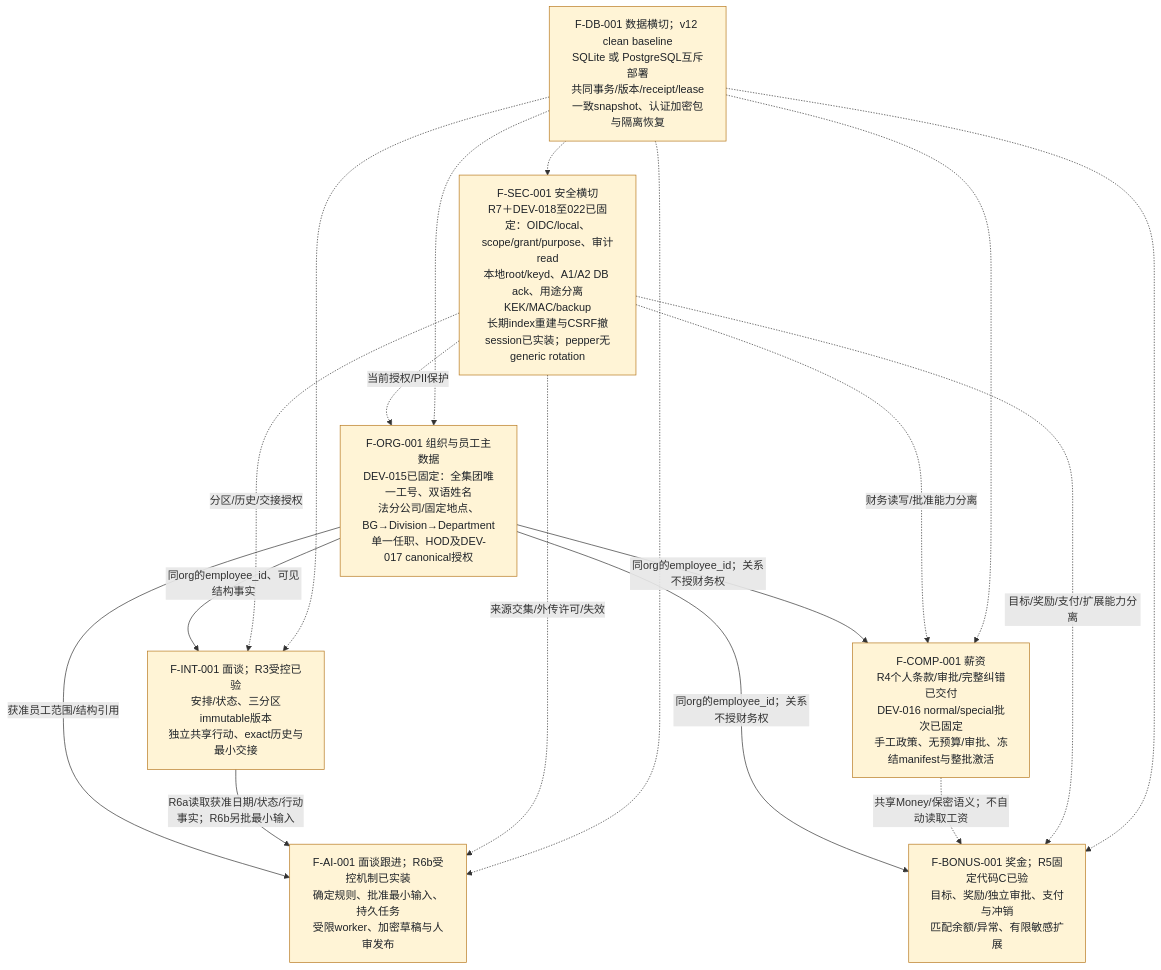
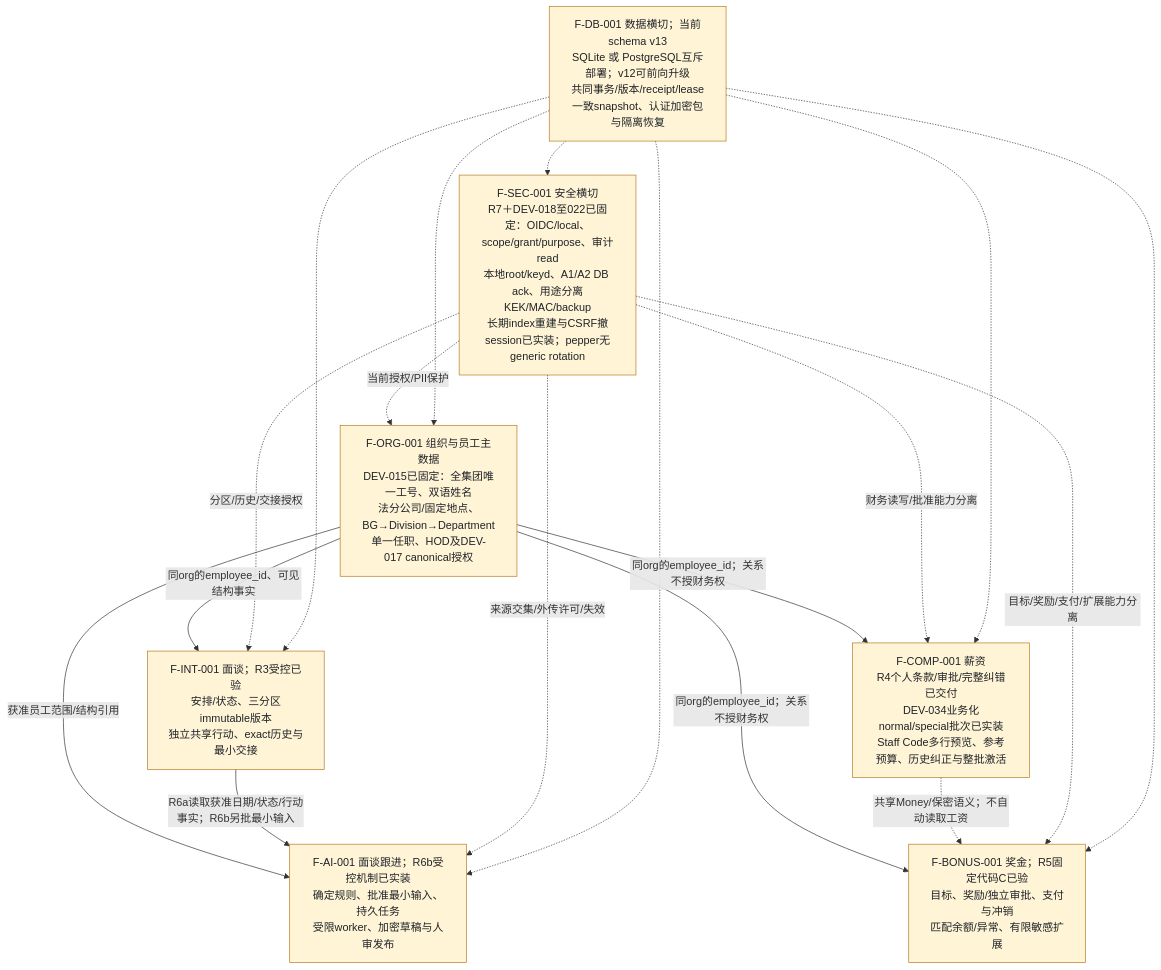
Before and after one commit to r404r/team-ledger-pub: the first of 13 diagrams in docs/FUNCTIONAL_SPEC.md, drawn with Mermaid. The commit also changed other lines of this file and 6 other files, not shown here.

````diff
--- a/docs/FUNCTIONAL_SPEC.md
+++ b/docs/FUNCTIONAL_SPEC.md
@@ -16,30 +16,30 @@
 ```mermaid
 flowchart TB
     org["F-ORG-001 组织与员工主数据<br/>DEV-015已固定：全集团唯一工号、双语姓名<br/>法分公司/固定地点、BG→Division→Department<br/>单一任职、HOD及DEV-017 canonical授权"]
     interview["F-INT-001 面谈；R3受控已验<br/>安排/状态、三分区immutable版本<br/>独立共享行动、exact历史与最小交接"]
-    comp["F-COMP-001 薪资<br/>R4个人条款/审批/完整纠错已交付<br/>DEV-016 normal/special批次已固定<br/>手工政策、无预算/审批、冻结manifest与整批激活"]
+    comp["F-COMP-001 薪资<br/>R4个人条款/审批/完整纠错已交付<br/>DEV-034业务化normal/special批次已实装<br/>Staff Code多行预览、参考预算、历史纠正与整批激活"]
     bonus["F-BONUS-001 奖金；R5固定代码C已验<br/>目标、奖励/独立审批、支付与冲销<br/>匹配余额/异常、有限敏感扩展"]
     ai["F-AI-001 面谈跟进；R6b受控机制已实装<br/>确定规则、批准最小输入、持久任务<br/>受限worker、加密草稿与人审发布"]
     sec["F-SEC-001 安全横切<br/>R7＋DEV-018至022已固定：OIDC/local、scope/grant/purpose、审计read<br/>本地root/keyd、A1/A2 DB ack、用途分离KEK/MAC/backup<br/>长期index重建与CSRF撤session已实装；pepper无generic rotation"]
-    db["F-DB-001 数据横切；v12 clean baseline<br/>SQLite 或 PostgreSQL互斥部署<br/>共同事务/版本/receipt/lease<br/>一致snapshot、认证加密包与隔离恢复"]
+    db["F-DB-001 数据横切；当前schema v13<br/>SQLite 或 PostgreSQL互斥部署；v12可前向升级<br/>共同事务/版本/receipt/lease<br/>一致snapshot、认证加密包与隔离恢复"]
     org -->|"同org的employee_id、可见结构事实"| interview
     org -->|"同org的employee_id；关系不授财务权"| comp
     org -->|"同org的employee_id；关系不授财务权"| bonus
     org -->|"获准员工范围/结构引用"| ai
     interview -->|"R6a读取获准日期/状态/行动事实；R6b另批最小输入"| ai
     comp -.->|"共享Money/保密语义；不自动读取工资"| bonus
     sec -.->|"当前授权/PII保护"| org
     sec -.->|"分区/历史/交接授权"| interview
     sec -.->|"财务读写/批准能力分离"| comp
     sec -.->|"目标/奖励/支付/扩展能力分离"| bonus
     sec -.->|"来源交集/外传许可/失效"| ai
     db -.-> org
     db -.-> interview
     db -.-> comp
     db -.-> bonus
     db -.-> ai
     db -.-> sec
     classDef partial fill:#fff4d6,stroke:#b7791f,color:#1f2328;
     classDef planned fill:#eef2ff,stroke:#64748b,color:#1f2328;
     class org,interview,comp,bonus,ai,sec,db partial;
 ```
````
